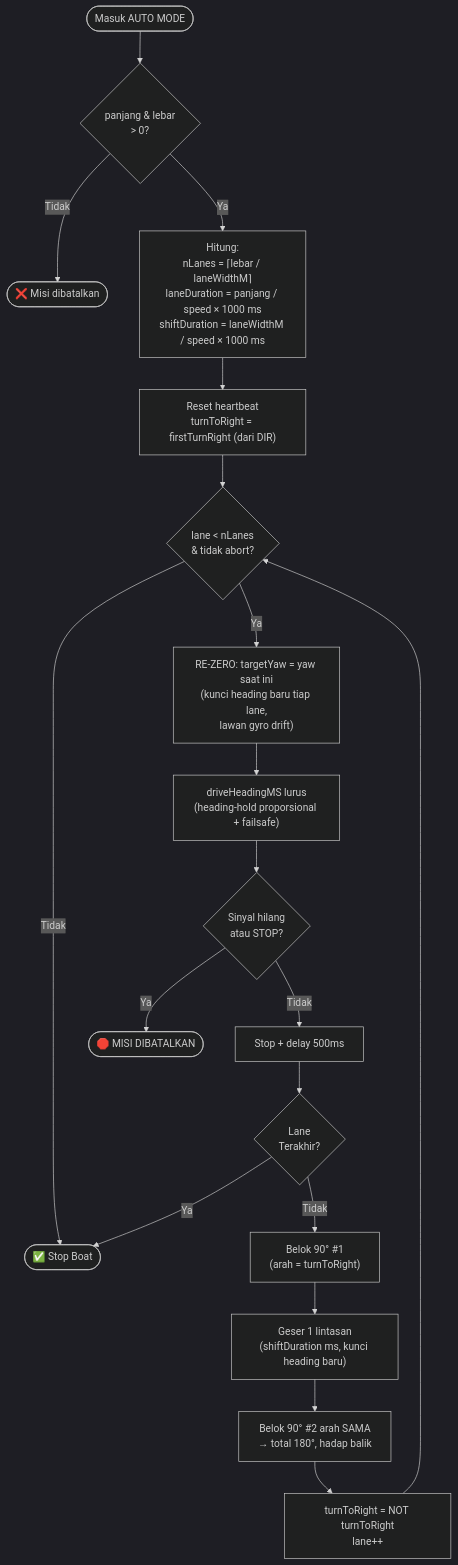
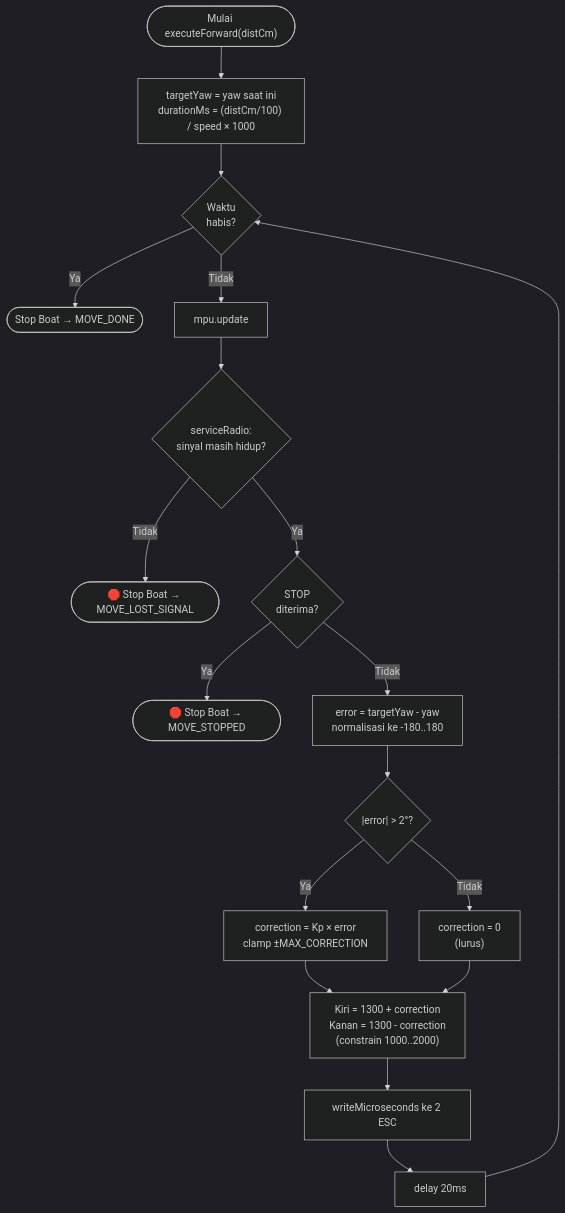
One commit to Xhorn7/Skripsi-PENGEMBANGAN-ROBOT-AKUATIK-UNTUK-FEEDER-OTOMATIS-DI-TAMBAK changed the sixth of 9 diagrams in flowchart.md. Above: the diagram before and after it, drawn with Mermaid (dark theme). The commit also changed other lines of this file and 43 other files, not shown here.

````diff
--- a/flowchart.md
+++ b/flowchart.md
@@ -104,25 +171,20 @@
 ```mermaid
 flowchart TD
-    ENTRY([Masuk AUTO MODE]) --> VALID{"panjang & lebar<br/>> 0?"}
-    VALID -- Tidak --> CANCEL([❌ Misi dibatalkan])
-    VALID -- Ya --> CALC["Hitung:<br/>nLanes = ⌈lebar / laneWidthM⌉<br/>laneDuration = panjang / speed × 1000 ms<br/>shiftDuration = laneWidthM / speed × 1000 ms"]
-    CALC --> HB["Reset heartbeat<br/>turnToRight = firstTurnRight (dari DIR)"]
-    HB --> LOOP{"lane < nLanes<br/>& tidak abort?"}
-
-    LOOP -- Tidak --> STOP([✅ Stop Boat])
-
-    LOOP -- Ya --> REZERO["RE-ZERO: targetYaw = yaw saat ini<br/>(kunci heading baru tiap lane,<br/>lawan gyro drift)"]
-    REZERO --> DRIVE["driveHeadingMS lurus<br/>(heading-hold proporsional + failsafe)"]
-    DRIVE --> ABORT1{Sinyal hilang<br/>atau STOP?}
-    ABORT1 -- Ya --> ABORTED([🛑 MISI DIBATALKAN])
-    ABORT1 -- Tidak --> PAUSE1[Stop + delay 500ms]
-
-    PAUSE1 --> LASTLANE{Lane<br/>Terakhir?}
-    LASTLANE -- Ya --> STOP
-
-    LASTLANE -- Tidak --> T1["Belok 90° #1<br/>(arah = turnToRight)"]
-    T1 --> SHIFT["Geser 1 lintasan<br/>(shiftDuration ms, kunci heading baru)"]
-    SHIFT --> T2["Belok 90° #2 arah SAMA<br/>→ total 180°, hadap balik"]
-    T2 --> FLIP["turnToRight = NOT turnToRight<br/>lane++"]
-    FLIP --> LOOP
+    ENTRY(["Mulai executeForward(distCm)"]) --> CALC["targetYaw = yaw saat ini<br/>durationMs = (distCm/100) / speed × 1000"]
+    CALC --> TIMECHECK{Waktu<br/>habis?}
+    TIMECHECK -- Ya --> STOPFN([Stop Boat → MOVE_DONE])
+    TIMECHECK -- Tidak --> UPD[mpu.update]
+    UPD --> SIG{"serviceRadio:<br/>sinyal masih hidup?"}
+    SIG -- Tidak --> FAIL([🛑 Stop Boat → MOVE_LOST_SIGNAL])
+    SIG -- Ya --> STOPQ{STOP<br/>diterima?}
+    STOPQ -- Ya --> ABORT([🛑 Stop Boat → MOVE_STOPPED])
+    STOPQ -- Tidak --> ERR["error = targetYaw - yaw<br/>normalisasi ke -180..180"]
+    ERR --> DEAD{"|error| > 2°?"}
+    DEAD -- Tidak --> STRAIGHT["correction = 0<br/>(lurus)"]
+    DEAD -- Ya --> PROP["correction = Kp × error<br/>clamp ±MAX_CORRECTION"]
+    PROP --> WRITE
+    STRAIGHT --> WRITE["Kiri = 1300 + correction<br/>Kanan = 1300 - correction<br/>(constrain 1000..2000)"]
+    WRITE --> ESC[writeMicroseconds ke 2 ESC]
+    ESC --> DELAY[delay 20ms]
+    DELAY --> TIMECHECK
 ```
````
